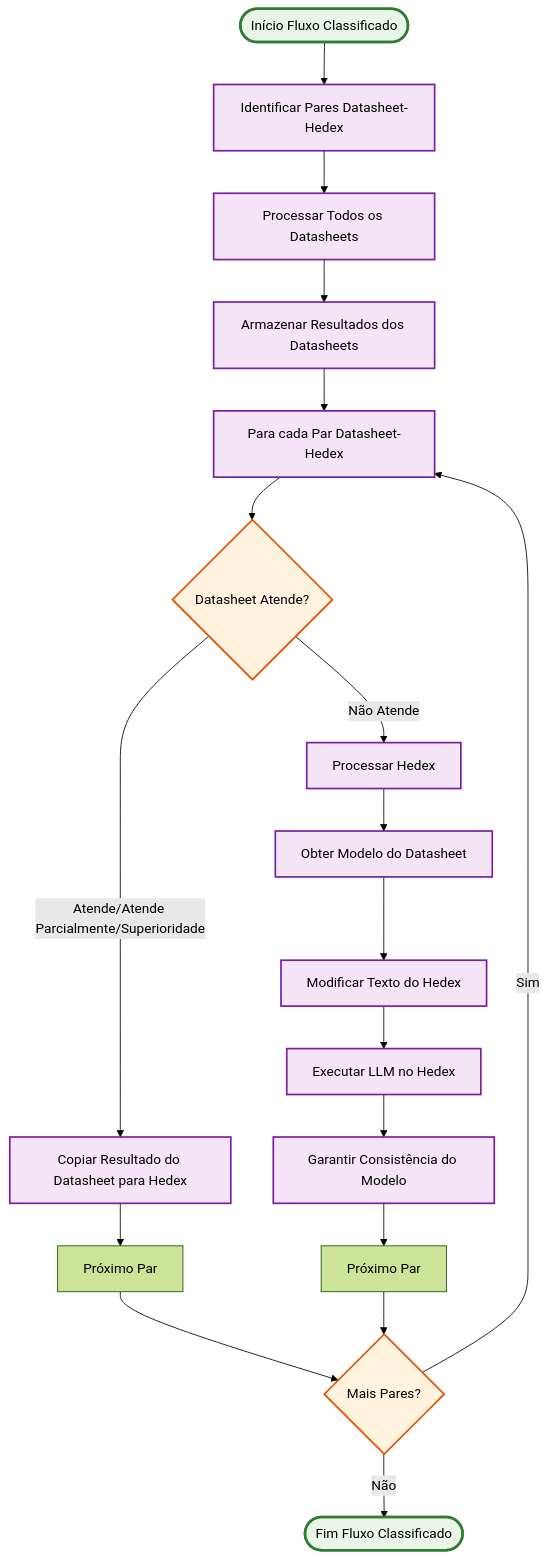
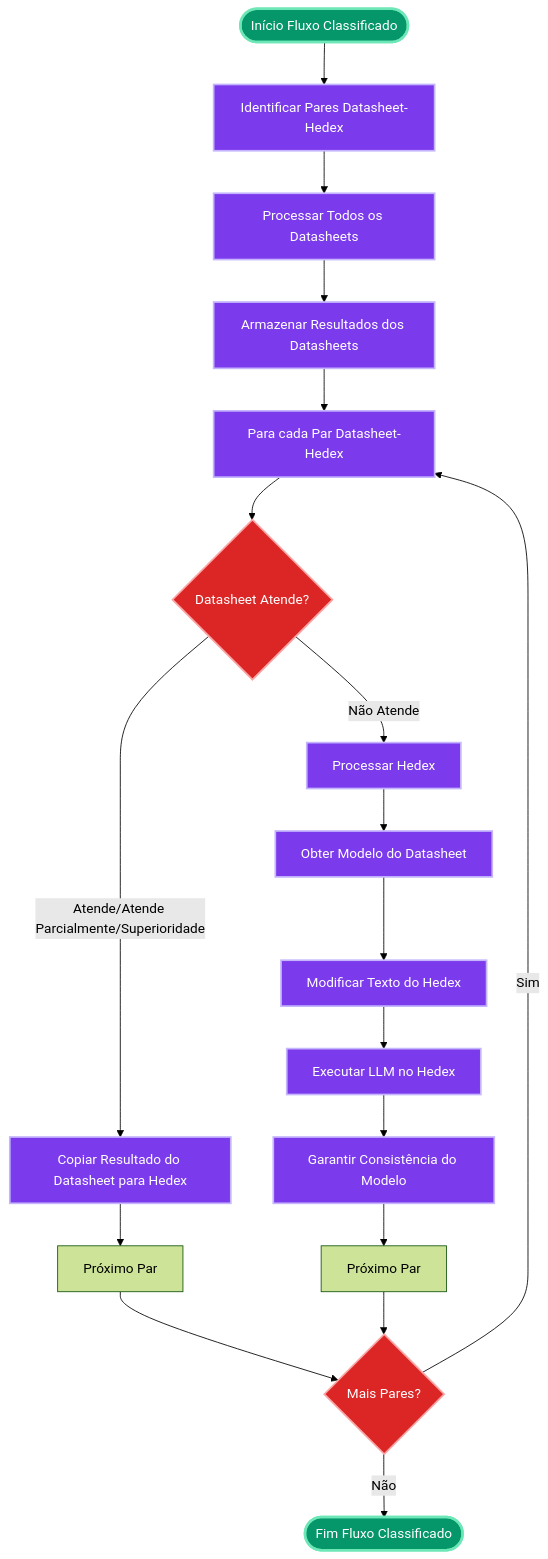
One commit to ElissonRodrigues/fluxograma changed the third of 6 diagrams in README.md. Above: the diagram before and after it, drawn with Mermaid (forest theme). The commit also changed other lines of this file, not shown here.

````diff
--- a/README.md
+++ b/README.md
@@ -96,35 +96,35 @@
 ```mermaid
 flowchart TD
     CLASSIFIED_START([Início Fluxo Classificado]) --> IDENTIFY_PAIRS[Identificar Pares Datasheet-Hedex]
     
     IDENTIFY_PAIRS --> PROCESS_DATASHEETS[Processar Todos os Datasheets]
     PROCESS_DATASHEETS --> DATASHEET_RESULTS[Armazenar Resultados dos Datasheets]
     
     DATASHEET_RESULTS --> PAIR_LOOP[Para cada Par Datasheet-Hedex]
     PAIR_LOOP --> CHECK_DATASHEET{Datasheet Atende?}
     
     CHECK_DATASHEET -->|Atende/Atende Parcialmente/Superioridade| COPY_RESULT[Copiar Resultado do Datasheet para Hedex]
     CHECK_DATASHEET -->|Não Atende| PROCESS_HEDEX[Processar Hedex]
     
     COPY_RESULT --> NEXT_PAIR1[Próximo Par]
     
     PROCESS_HEDEX --> GET_MODEL[Obter Modelo do Datasheet]
     GET_MODEL --> MODIFY_HEDEX[Modificar Texto do Hedex]
     MODIFY_HEDEX --> EXECUTE_HEDEX[Executar LLM no Hedex]
     EXECUTE_HEDEX --> ENSURE_MODEL[Garantir Consistência do Modelo]
     ENSURE_MODEL --> NEXT_PAIR2[Próximo Par]
     
     NEXT_PAIR1 --> MORE_PAIRS{Mais Pares?}
     NEXT_PAIR2 --> MORE_PAIRS
     
     MORE_PAIRS -->|Sim| PAIR_LOOP
     MORE_PAIRS -->|Não| CLASSIFIED_END([Fim Fluxo Classificado])
     
-    classDef processClass fill:#f3e5f5,stroke:#7b1fa2,stroke-width:2px
-    classDef decisionClass fill:#fff3e0,stroke:#e65100,stroke-width:2px
-    classDef startEndClass fill:#e8f5e8,stroke:#2e7d32,stroke-width:3px
+    classDef processClass fill:#7c3aed,stroke:#c4b5fd,stroke-width:2px,color:#ffffff
+    classDef decisionClass fill:#dc2626,stroke:#fca5a5,stroke-width:2px,color:#ffffff
+    classDef startEndClass fill:#059669,stroke:#6ee7b7,stroke-width:3px,color:#ffffff
     
     class IDENTIFY_PAIRS,PROCESS_DATASHEETS,DATASHEET_RESULTS,PAIR_LOOP,COPY_RESULT,PROCESS_HEDEX,GET_MODEL,MODIFY_HEDEX,EXECUTE_HEDEX,ENSURE_MODEL processClass
     class CHECK_DATASHEET,MORE_PAIRS decisionClass
     class CLASSIFIED_START,CLASSIFIED_END startEndClass
 ```
````
